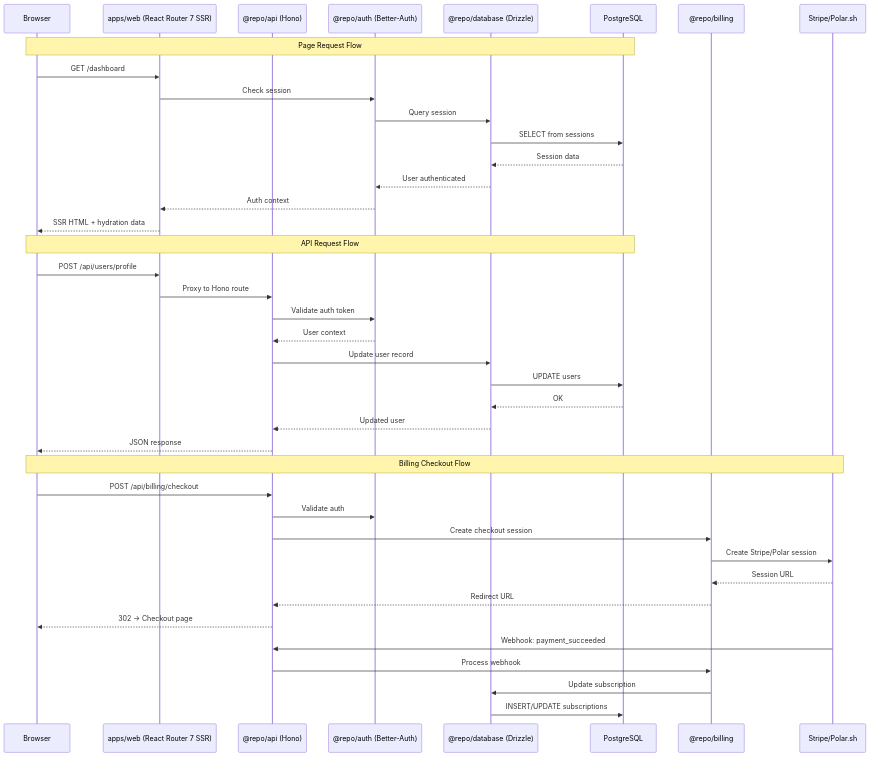
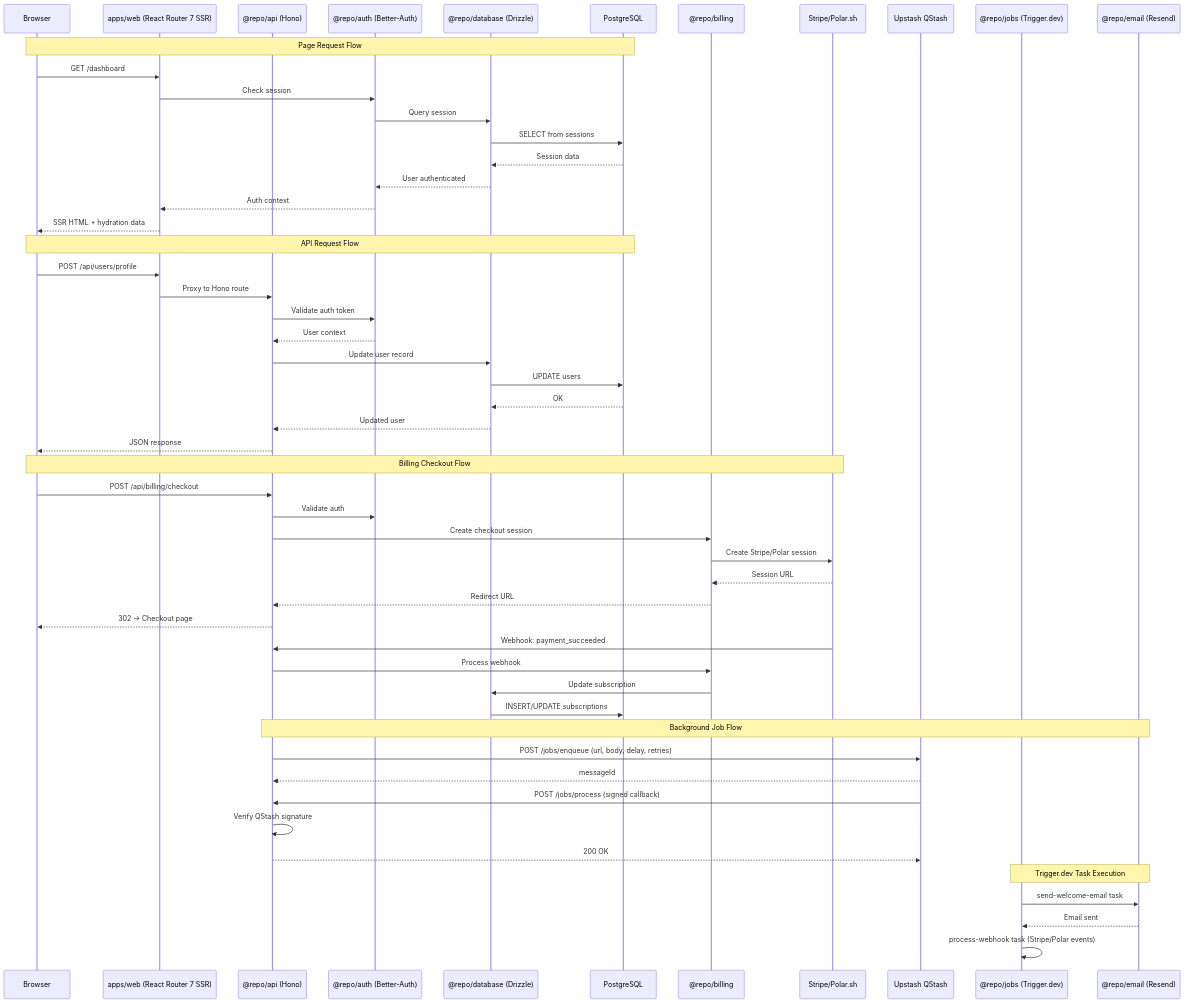
One commit to launchapp-dev/invoicer changed the diagram in knowledge/architecture/saas-template-data-flow.md. Above: the diagram before and after it, drawn with Mermaid. The commit also changed other lines of this file and 3 other files, not shown here.

First line of the commit message:
Refresh SaaS template architecture diagrams for jobs package addition (TASK-073) (#55)

````diff
--- a/knowledge/architecture/saas-template-data-flow.md
+++ b/knowledge/architecture/saas-template-data-flow.md
@@ -19,45 +19,60 @@
 ```mermaid
 sequenceDiagram
     participant B as Browser
     participant W as apps/web (React Router 7 SSR)
     participant A as @repo/api (Hono)
     participant AU as @repo/auth (Better-Auth)
     participant DB as @repo/database (Drizzle)
     participant PG as PostgreSQL
     participant BL as @repo/billing
     participant ST as Stripe/Polar.sh
+    participant QS as Upstash QStash
+    participant JB as @repo/jobs (Trigger.dev)
+    participant EM as @repo/email (Resend)
 
     Note over B,PG: Page Request Flow
     B->>W: GET /dashboard
     W->>AU: Check session
     AU->>DB: Query session
     DB->>PG: SELECT from sessions
     PG-->>DB: Session data
     DB-->>AU: User authenticated
     AU-->>W: Auth context
     W-->>B: SSR HTML + hydration data
 
     Note over B,PG: API Request Flow
     B->>W: POST /api/users/profile
     W->>A: Proxy to Hono route
     A->>AU: Validate auth token
     AU-->>A: User context
     A->>DB: Update user record
     DB->>PG: UPDATE users
     PG-->>DB: OK
     DB-->>A: Updated user
     A-->>B: JSON response
 
     Note over B,ST: Billing Checkout Flow
     B->>A: POST /api/billing/checkout
     A->>AU: Validate auth
     A->>BL: Create checkout session
     BL->>ST: Create Stripe/Polar session
     ST-->>BL: Session URL
     BL-->>A: Redirect URL
     A-->>B: 302 → Checkout page
     ST->>A: Webhook: payment_succeeded
     A->>BL: Process webhook
     BL->>DB: Update subscription
     DB->>PG: INSERT/UPDATE subscriptions
+
+    Note over A,EM: Background Job Flow
+    A->>QS: POST /jobs/enqueue (url, body, delay, retries)
+    QS-->>A: messageId
+    QS->>A: POST /jobs/process (signed callback)
+    A->>A: Verify QStash signature
+    A-->>QS: 200 OK
+
+    Note over JB,EM: Trigger.dev Task Execution
+    JB->>EM: send-welcome-email task
+    EM-->>JB: Email sent
+    JB->>JB: process-webhook task (Stripe/Polar events)
 ```
````
